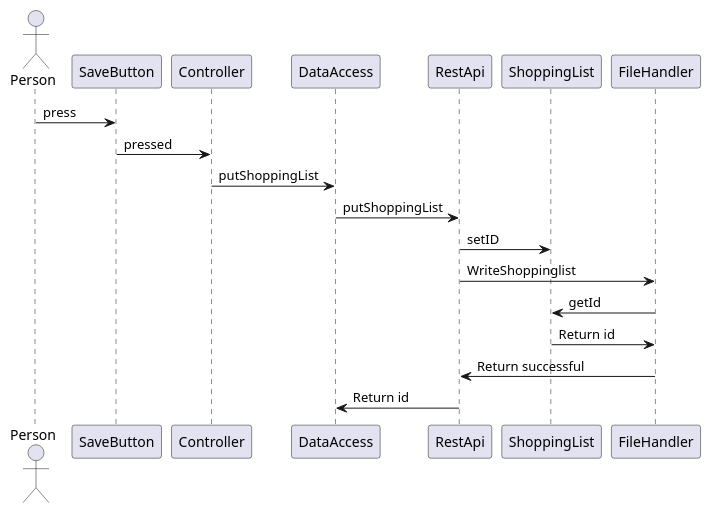
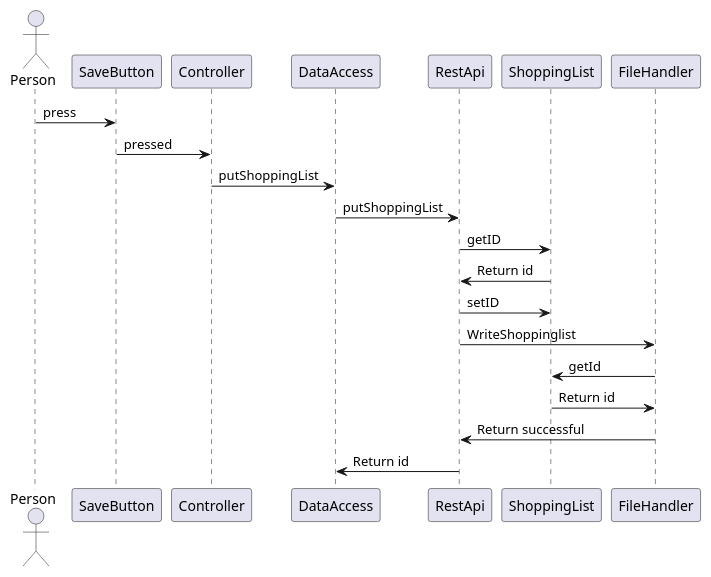
The diagram in README.md (Espenbfo/shopping-list-java-project), drawn with PlantUML before and after one commit.

Commit message:
Updates the Diagram in the README.md

````diff
--- a/README.md
+++ b/README.md
@@ -10,13 +10,15 @@
 ```plantuml
 actor Person
 Person -> SaveButton: press
 SaveButton -> Controller: pressed
 Controller -> DataAccess: putShoppingList
 DataAccess -> RestApi: putShoppingList
+RestApi -> ShoppingList: getID
+ShoppingList -> RestApi: Return id
 RestApi -> ShoppingList: setID
 RestApi -> FileHandler: WriteShoppinglist
 FileHandler -> ShoppingList: getId
 ShoppingList -> FileHandler: Return id
 FileHandler -> RestApi: Return successful
 RestApi -> DataAccess: Return id
 ```
````
